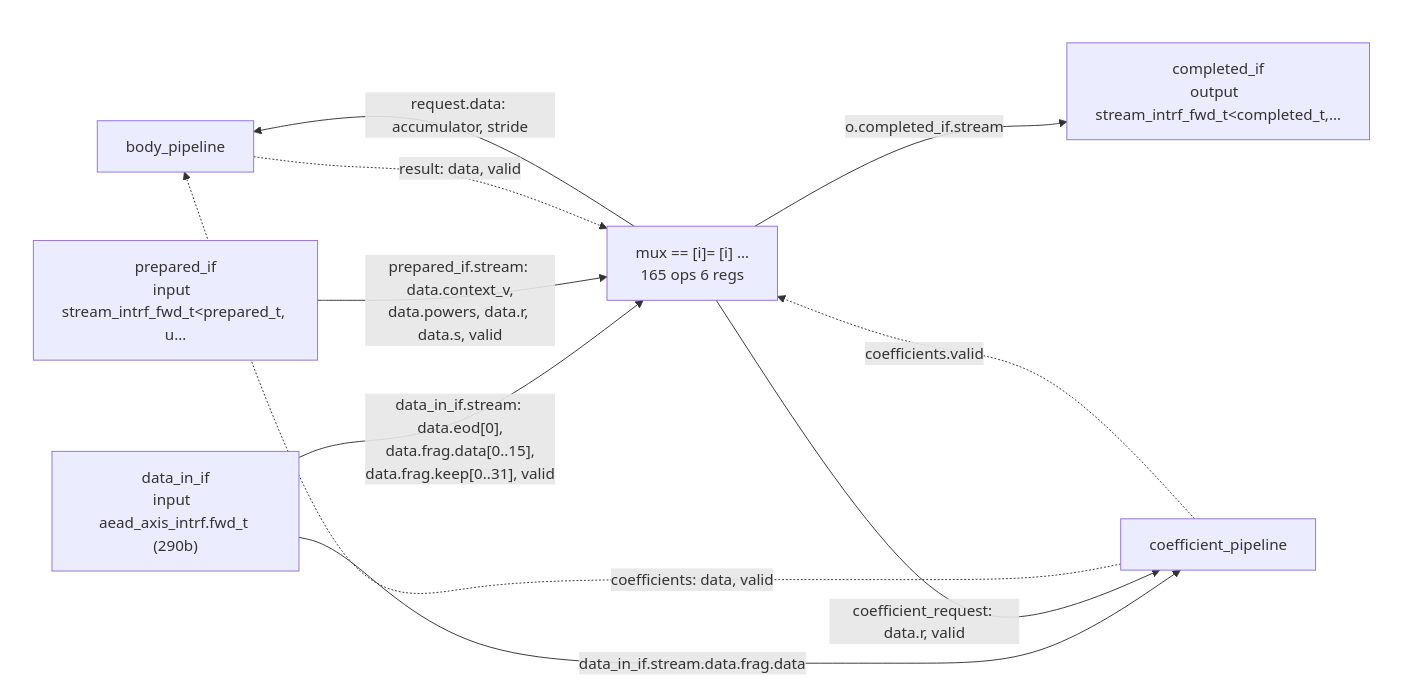
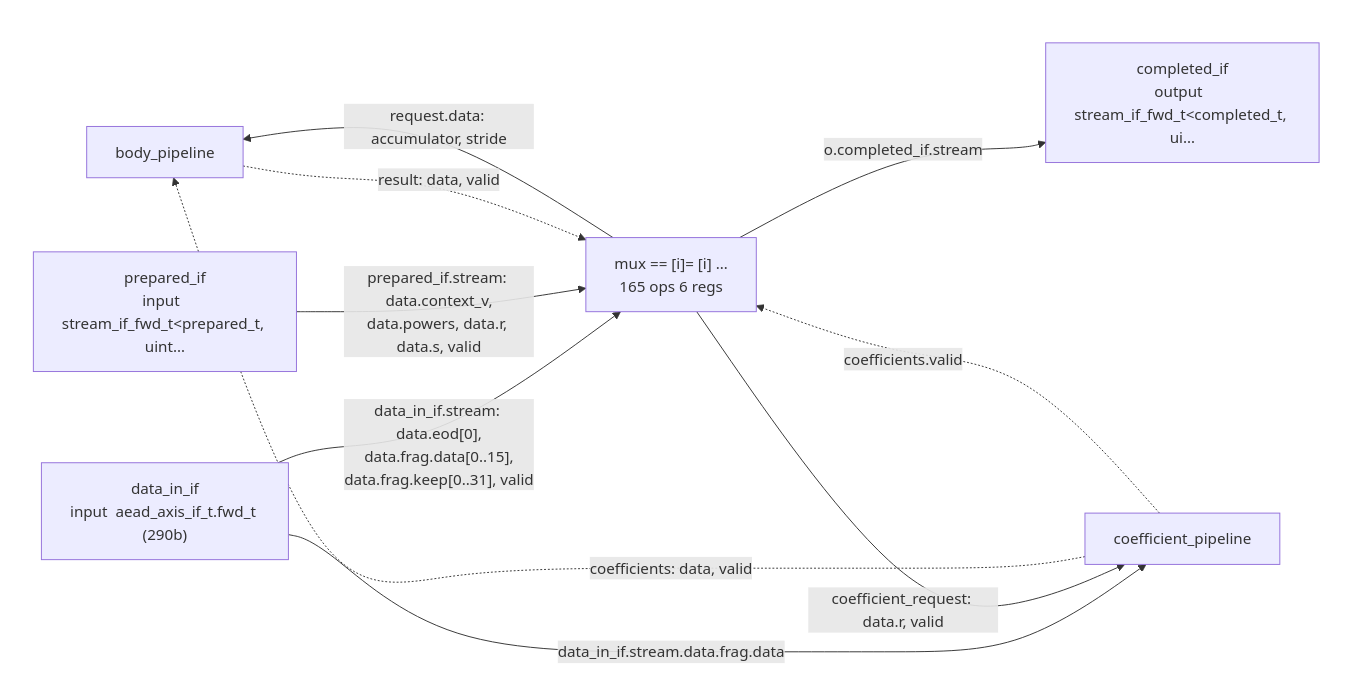
One commit to chili-chips/wireguard-fpga changed the sixth of 16 diagrams in 3.build/pypeline_build/src/poly1305/poly1305_design.md. Above: the diagram before and after it, drawn with Mermaid. The commit also changed other lines of this file and 31 other files, not shown here.

````diff
--- a/3.build/pypeline_build/src/poly1305/poly1305_design.md
+++ b/3.build/pypeline_build/src/poly1305/poly1305_design.md
@@ -380,25 +380,25 @@
 ```mermaid
 flowchart LR
     n3["body_pipeline"]
     n4["coefficient_pipeline"]
     n5["mux == [i]= [i] …<br>165 ops  6 regs"]
     subgraph inputs[" "]
-        n0["data_in_if<br>input  aead_axis_intrf.fwd_t (290b)"]
-        n1["prepared_if<br>input  stream_intrf_fwd_t#lt;prepared_t, u…"]
+        n0["data_in_if<br>input  aead_axis_if_t.fwd_t (290b)"]
+        n1["prepared_if<br>input  stream_if_fwd_t#lt;prepared_t, uint…"]
     end
     style inputs fill:none,stroke:none
     subgraph outputs[" "]
-        n2["completed_if<br>output  stream_intrf_fwd_t#lt;completed_t,…"]
+        n2["completed_if<br>output  stream_if_fwd_t#lt;completed_t, ui…"]
     end
     style outputs fill:none,stroke:none
     n0 -->|"data_in_if.stream: data.eod[0],<br>data.frag.data[0..15],<br>data.frag.keep[0..31], valid"| n5
     n0 -->|"data_in_if.stream.data.frag.data"| n4
     n1 -->|"prepared_if.stream: data.context_v,<br>data.powers, data.r, data.s, valid"| n5
     n3 -.->|"result: data, valid"| n5
     n4 -.->|"coefficients: data, valid"| n3
     n4 -.->|"coefficients.valid"| n5
     n5 -->|"coefficient_request: data.r, valid"| n4
     n5 -->|"request.data: accumulator, stride"| n3
     n5 -->|"o.completed_if.stream"| n2
     n3 ~~~ n2
 ```
````
